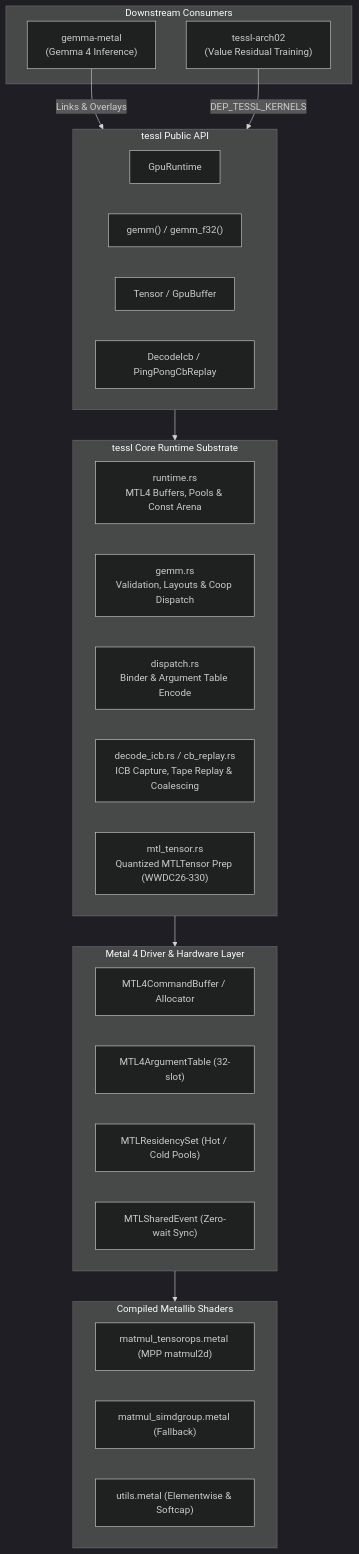
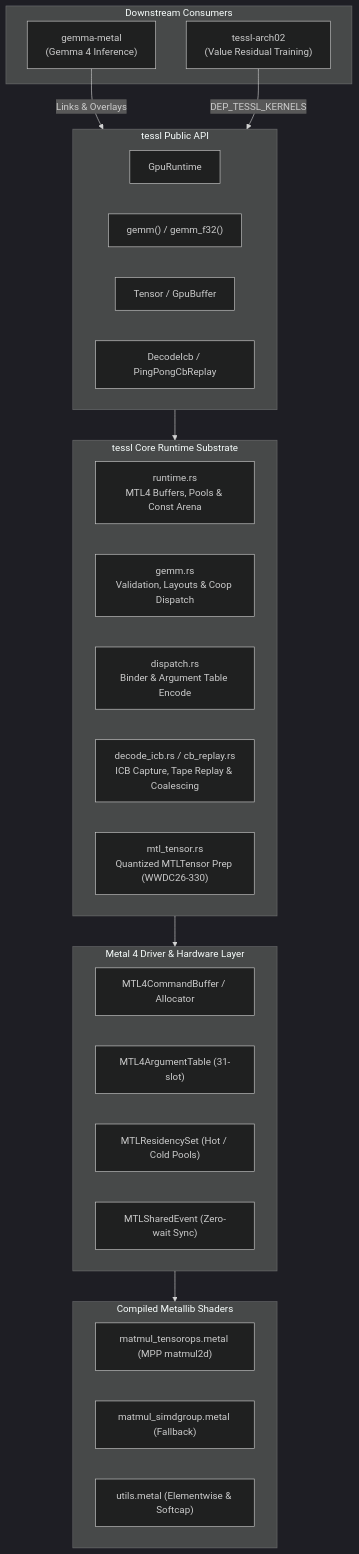
The first of 4 diagrams in Rust_MLKit/crates/tessl/README.md (bharathvbcr/MachineLearning), drawn with Mermaid (dark theme) before and after one commit. The commit also changed other lines of this file, not shown here.

````diff
--- a/Rust_MLKit/crates/tessl/README.md
+++ b/Rust_MLKit/crates/tessl/README.md
@@ -28,41 +28,41 @@
 ```mermaid
 graph TD
     subgraph Consumers["Downstream Consumers"]
         Gemma["gemma-metal<br/>(Gemma 4 Inference)"]
         Arch02["tessl-arch02<br/>(Value Residual Training)"]
     end
 
     subgraph TesslAPI["tessl Public API"]
         GpuRt["GpuRuntime"]
         GemmFn["gemm() / gemm_f32()"]
         TensorObj["Tensor / GpuBuffer"]
         IcbObj["DecodeIcb / PingPongCbReplay"]
     end
 
     subgraph CoreEngine["tessl Core Runtime Substrate"]
         RuntimeMod["runtime.rs<br/>MTL4 Buffers, Pools & Const Arena"]
         GemmMod["gemm.rs<br/>Validation, Layouts & Coop Dispatch"]
         DispatchMod["dispatch.rs<br/>Binder & Argument Table Encode"]
         IcbMod["decode_icb.rs / cb_replay.rs<br/>ICB Capture, Tape Replay & Coalescing"]
         MtlTensorMod["mtl_tensor.rs<br/>Quantized MTLTensor Prep (WWDC26-330)"]
     end
 
     subgraph Metal4Layer["Metal 4 Driver & Hardware Layer"]
         CmdBuf["MTL4CommandBuffer / Allocator"]
-        ArgTable["MTL4ArgumentTable (32-slot)"]
+        ArgTable["MTL4ArgumentTable (31-slot)"]
         ResSet["MTLResidencySet (Hot / Cold Pools)"]
         SharedEvt["MTLSharedEvent (Zero-wait Sync)"]
     end
 
     subgraph Shaders["Compiled Metallib Shaders"]
         TensorOpsMetal["matmul_tensorops.metal (MPP matmul2d)"]
         SimdMetal["matmul_simdgroup.metal (Fallback)"]
         UtilsMetal["utils.metal (Elementwise & Softcap)"]
     end
 
     Gemma -->|Links & Overlays| TesslAPI
     Arch02 -->|DEP_TESSL_KERNELS| TesslAPI
     TesslAPI --> CoreEngine
     CoreEngine --> Metal4Layer
     Metal4Layer --> Shaders
 ```
````
